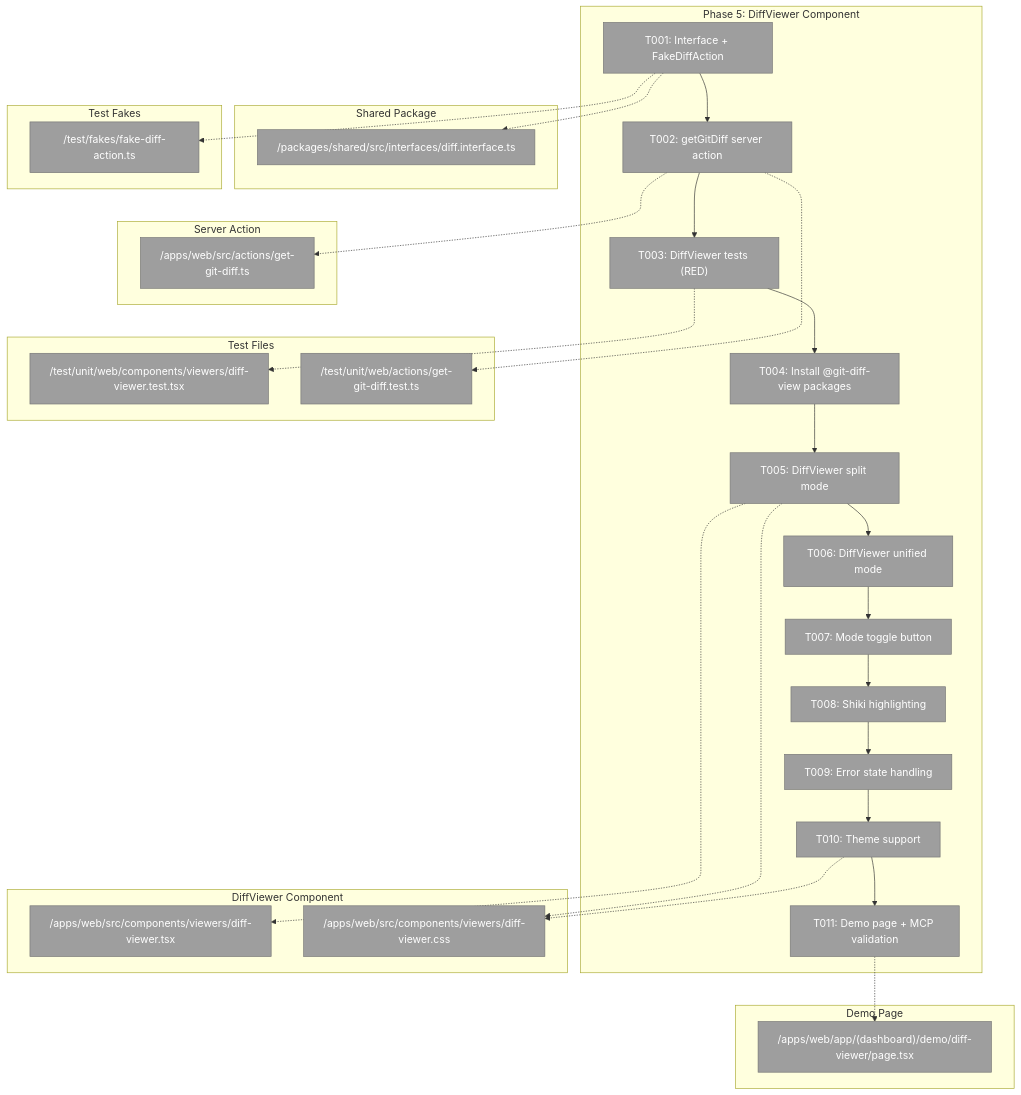
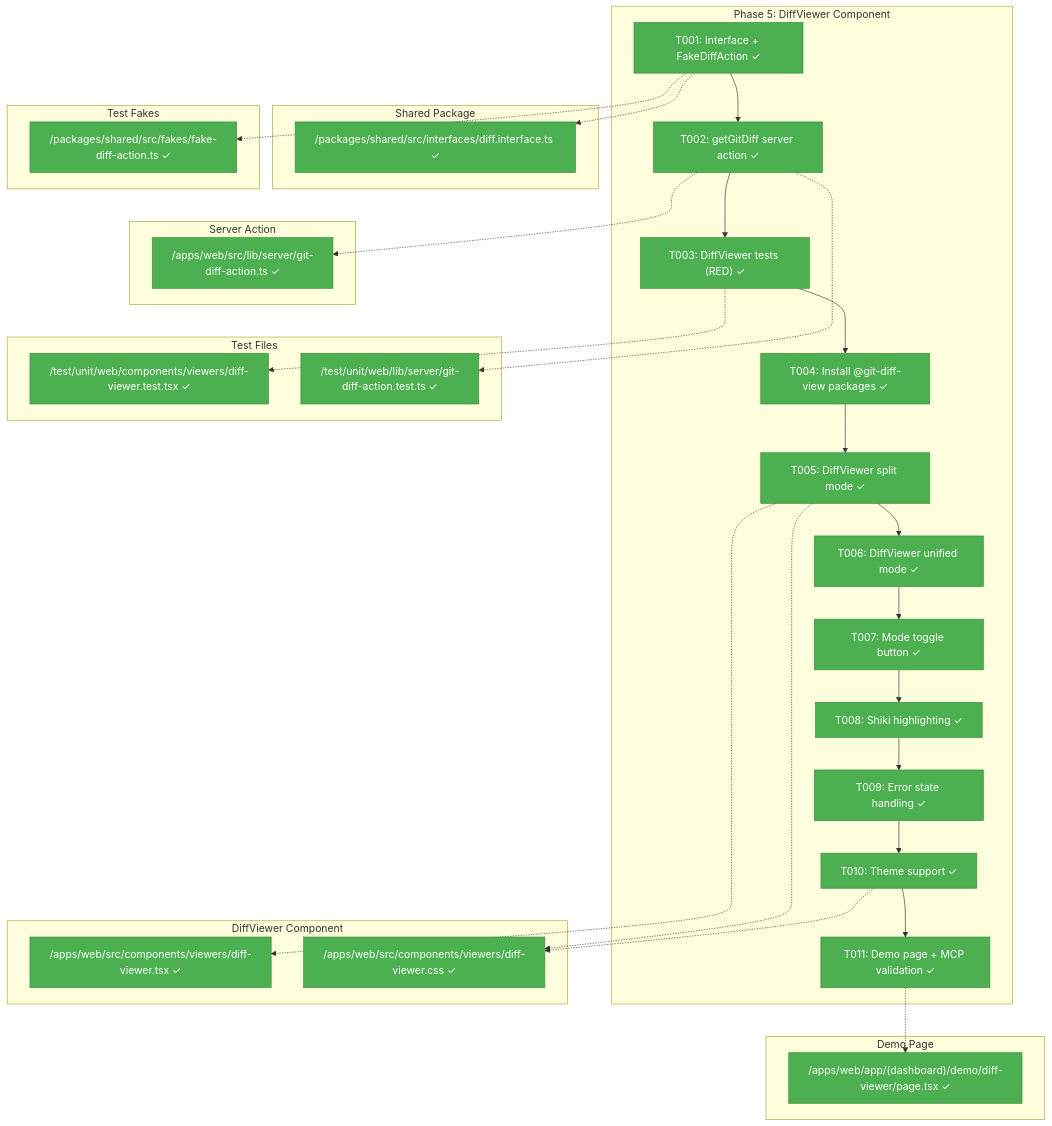
Before and after one commit to AI-Substrate/chainglass: the first of 3 diagrams in docs/plans/006-web-extras/tasks/phase-5-diffviewer-component/tasks.md, drawn with Mermaid. The commit also changed other lines of this file and 18 other files, not shown here.

First line of the commit message:
feat(web): Phase 5 DiffViewer component with git diff visualization

````diff
--- a/docs/plans/006-web-extras/tasks/phase-5-diffviewer-component/tasks.md
+++ b/docs/plans/006-web-extras/tasks/phase-5-diffviewer-component/tasks.md
@@ -79,68 +79,68 @@
 ```mermaid
 flowchart TD
     classDef pending fill:#9E9E9E,stroke:#757575,color:#fff
     classDef inprogress fill:#FF9800,stroke:#F57C00,color:#fff
     classDef completed fill:#4CAF50,stroke:#388E3C,color:#fff
     classDef blocked fill:#F44336,stroke:#D32F2F,color:#fff
 
     subgraph Phase["Phase 5: DiffViewer Component"]
-        T001["T001: Interface + FakeDiffAction"]:::pending
-        T002["T002: getGitDiff server action"]:::pending
-        T003["T003: DiffViewer tests (RED)"]:::pending
-        T004["T004: Install @git-diff-view packages"]:::pending
-        T005["T005: DiffViewer split mode"]:::pending
-        T006["T006: DiffViewer unified mode"]:::pending
-        T007["T007: Mode toggle button"]:::pending
-        T008["T008: Shiki highlighting"]:::pending
-        T009["T009: Error state handling"]:::pending
-        T010["T010: Theme support"]:::pending
-        T011["T011: Demo page + MCP validation"]:::pending
+        T001["T001: Interface + FakeDiffAction ✓"]:::completed
+        T002["T002: getGitDiff server action ✓"]:::completed
+        T003["T003: DiffViewer tests (RED) ✓"]:::completed
+        T004["T004: Install @git-diff-view packages ✓"]:::completed
+        T005["T005: DiffViewer split mode ✓"]:::completed
+        T006["T006: DiffViewer unified mode ✓"]:::completed
+        T007["T007: Mode toggle button ✓"]:::completed
+        T008["T008: Shiki highlighting ✓"]:::completed
+        T009["T009: Error state handling ✓"]:::completed
+        T010["T010: Theme support ✓"]:::completed
+        T011["T011: Demo page + MCP validation ✓"]:::completed
 
         T001 --> T002
         T002 --> T003
         T003 --> T004
         T004 --> T005
         T005 --> T006
         T006 --> T007
         T007 --> T008
         T008 --> T009
         T009 --> T010
         T010 --> T011
     end
 
     subgraph Shared["Shared Package"]
-        F1["/packages/shared/src/interfaces/diff.interface.ts"]:::pending
+        F1["/packages/shared/src/interfaces/diff.interface.ts ✓"]:::completed
     end
 
     subgraph Fakes["Test Fakes"]
-        F2["/test/fakes/fake-diff-action.ts"]:::pending
+        F2["/packages/shared/src/fakes/fake-diff-action.ts ✓"]:::completed
     end
 
     subgraph ServerAction["Server Action"]
-        F3["/apps/web/src/actions/get-git-diff.ts"]:::pending
+        F3["/apps/web/src/lib/server/git-diff-action.ts ✓"]:::completed
     end
 
     subgraph Component["DiffViewer Component"]
-        F4["/apps/web/src/components/viewers/diff-viewer.tsx"]:::pending
-        F5["/apps/web/src/components/viewers/diff-viewer.css"]:::pending
+        F4["/apps/web/src/components/viewers/diff-viewer.tsx ✓"]:::completed
+        F5["/apps/web/src/components/viewers/diff-viewer.css ✓"]:::completed
     end
 
     subgraph Tests["Test Files"]
-        F6["/test/unit/web/components/viewers/diff-viewer.test.tsx"]:::pending
-        F7["/test/unit/web/actions/get-git-diff.test.ts"]:::pending
+        F6["/test/unit/web/components/viewers/diff-viewer.test.tsx ✓"]:::completed
+        F7["/test/unit/web/lib/server/git-diff-action.test.ts ✓"]:::completed
     end
 
     subgraph Demo["Demo Page"]
-        F8["/apps/web/app/(dashboard)/demo/diff-viewer/page.tsx"]:::pending
+        F8["/apps/web/app/(dashboard)/demo/diff-viewer/page.tsx ✓"]:::completed
     end
 
     T001 -.-> F1
     T001 -.-> F2
     T002 -.-> F3
     T002 -.-> F7
     T003 -.-> F6
     T005 -.-> F4
     T005 -.-> F5
     T010 -.-> F5
     T011 -.-> F8
 ```
````
